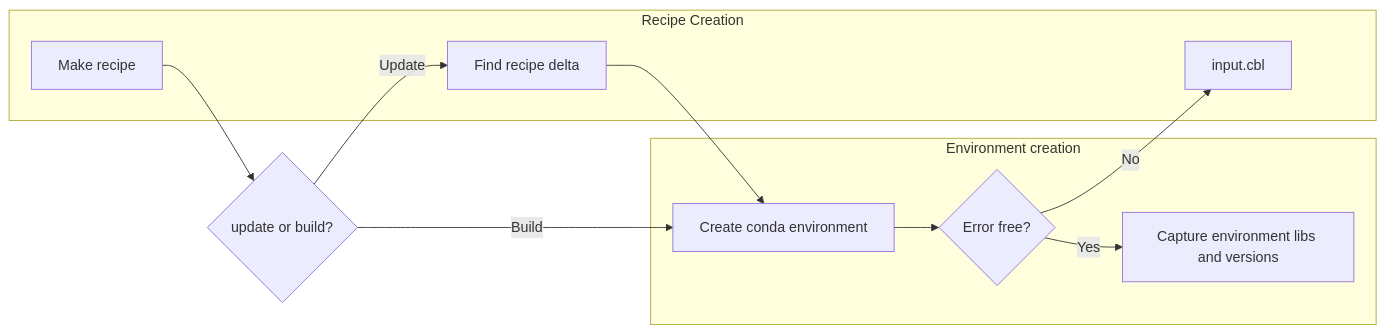
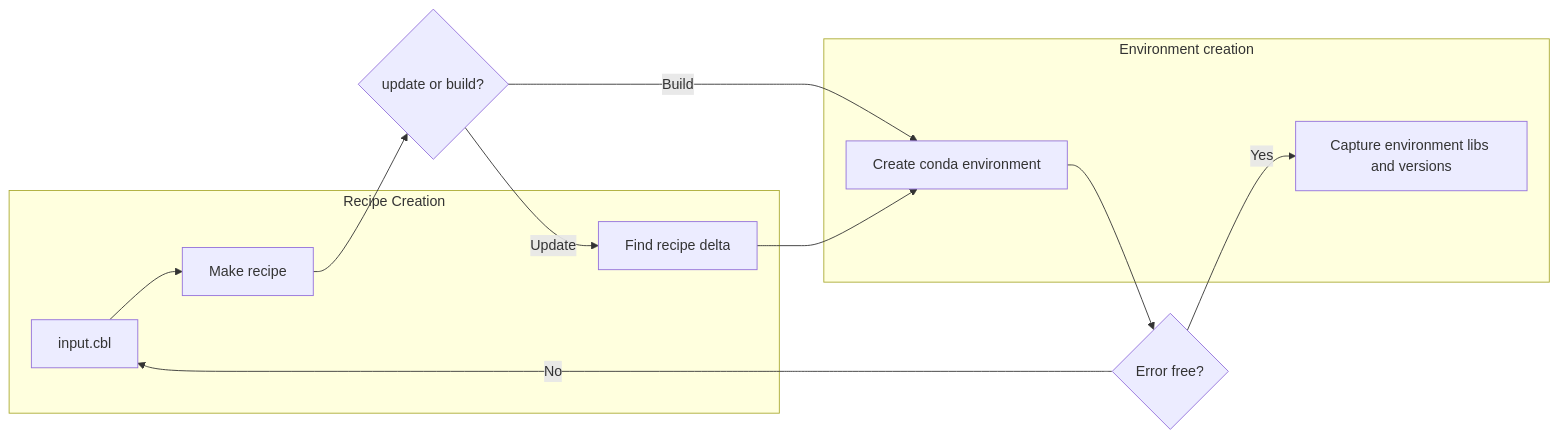
One commit to coble-tools/coble changed the first of 2 diagrams in docs/overview.md. Above: the diagram before and after it, drawn with Mermaid.

Commit message:
flowchart

````diff
--- a/docs/overview.md
+++ b/docs/overview.md
@@ -5,20 +5,20 @@
 ```mermaid
 flowchart LR
 	subgraph "Recipe Creation"
 	    INP[input.cbl]
 		REC[Make recipe]
 		DLT[Find recipe delta]
 	end
 	subgraph "Environment creation"
-        CRE[Create conda environment]
-		ERR{Error free?}
+        CRE[Create conda environment]		
 		CAP[Capture environment libs and versions]	
 	end
+	INP --> REC
 	REC --> UPD_BLD{update or build?}
 	UPD_BLD -- Update --> DLT
 	UPD_BLD -- Build --> CRE
 	DLT --> CRE	
-	CRE --> ERR
+	CRE --> ERR{Error free?}
 	ERR -- No --> INP
 	ERR -- Yes --> CAP
 ```
````
